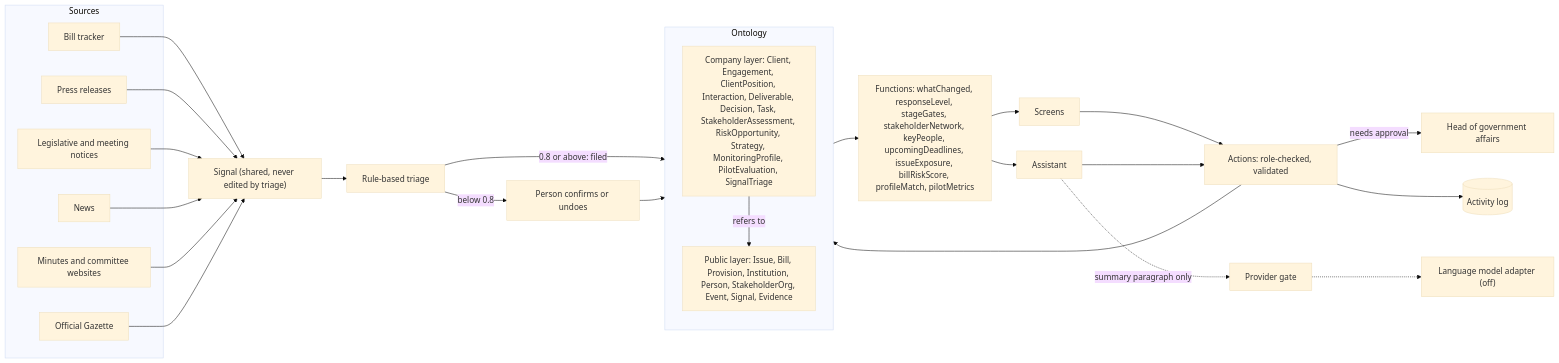
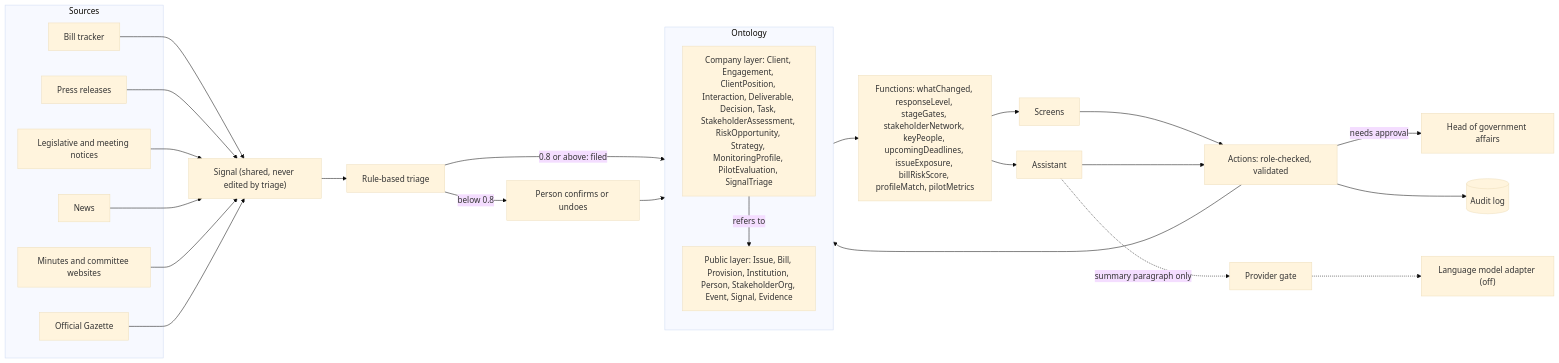
Before and after one commit to AI-odyssey/korea-policy-ontology: the first of 2 diagrams in docs/reference.md, drawn with Mermaid (base theme). The commit also changed other lines of this file and 35 other files, not shown here.

First line of the commit message:
Second review round: decisions that trace to their records, impact ratings as approved objects, one writer for the public layer, link rules on every write, one audit log, and a plain proof-of-concept framing

````diff
--- a/docs/reference.md
+++ b/docs/reference.md
@@ -91,43 +90,43 @@
 ```mermaid
 flowchart LR
   subgraph Sources
     S1[Bill tracker]
     S2[Press releases]
     S3[Legislative and meeting notices]
     S4[News]
     S5[Minutes and committee websites]
     S6[Official Gazette]
   end
   SIG["Signal (shared, never edited by triage)"]
   TR["Rule-based triage"]
   HUM["Person confirms or undoes"]
   subgraph ONT[Ontology]
     direction TB
     PUB["Public layer: Issue, Bill, Provision, Institution, Person, StakeholderOrg, Event, Signal, Evidence"]
     CLI["Company layer: Client, Engagement, ClientPosition, Interaction, Deliverable, Decision, Task, StakeholderAssessment, RiskOpportunity, Strategy, MonitoringProfile, PilotEvaluation, SignalTriage"]
     CLI -->|refers to| PUB
   end
   FN["Functions: whatChanged, responseLevel, stageGates, stakeholderNetwork, keyPeople, upcomingDeadlines, issueExposure, billRiskScore, profileMatch, pilotMetrics"]
   UI["Screens"]
   AG["Assistant"]
   ACT["Actions: role-checked, validated"]
   LEAD["Head of government affairs"]
-  LOG[("Activity log")]
+  LOG[("Audit log")]
   GATE["Provider gate"]
   LLM["Language model adapter (off)"]
   S1 & S2 & S3 & S4 & S5 & S6 --> SIG
   SIG --> TR
   TR -->|"0.8 or above: filed"| ONT
   TR -->|"below 0.8"| HUM
   HUM --> ONT
   ONT --> FN
   FN --> UI
   FN --> AG
   UI --> ACT
   AG --> ACT
   ACT -->|"needs approval"| LEAD
   ACT --> LOG
   ACT --> ONT
   AG -.->|"summary paragraph only"| GATE
   GATE -.-> LLM
 ```
````
